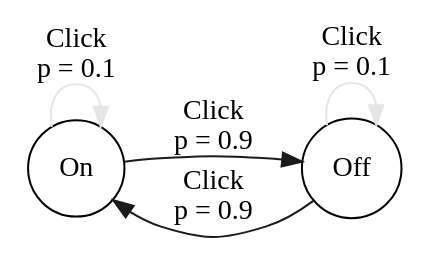
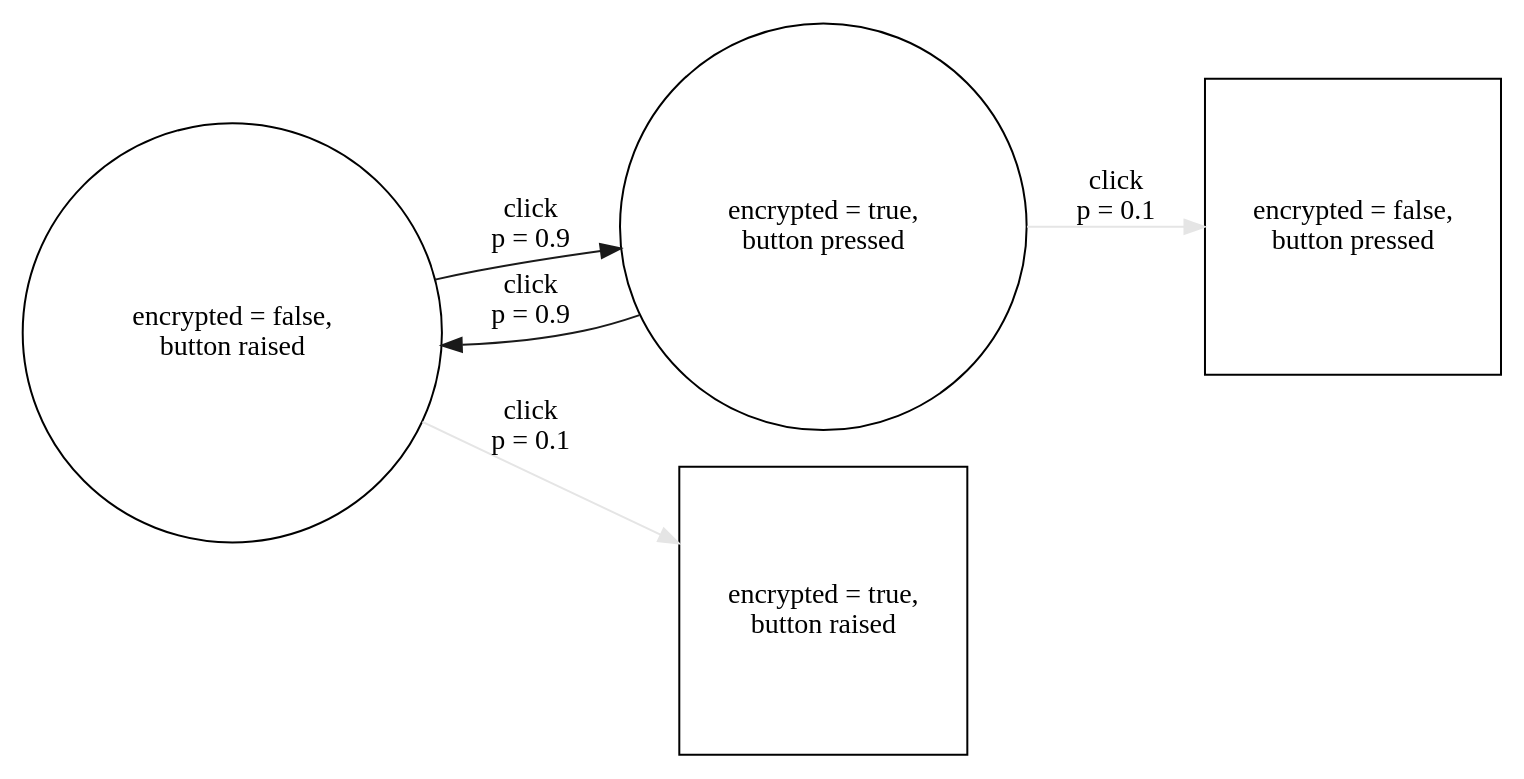
Before and after one commit to adrifelt/ux-model-graphs: the diagram in 02-simple-boolean-with-confusion.dot, drawn with Graphviz. The commit also changed 1 other file, not shown here.

```diff
--- a/02-simple-boolean-with-confusion.dot
+++ b/02-simple-boolean-with-confusion.dot
@@ -1,15 +1,18 @@
-digraph "01-simple-boolean" {
+digraph "02-simple-boolean-with-confusion" {
   rankdir = LR;
   node [
     shape = circle
   ];
 
-  on [ label = "On" ];
-  off [ label = "Off" ];
+  off [ label = "encrypted = false,\nbutton raised" ];
+  on [ label = "encrypted = true,\nbutton pressed" ];
 
-  on -> off [ label = "Click\np = 0.9" color = grey10 ];
-  on -> on [ label = "Click\np = 0.1" color = grey90 ];
+  off_confused [ label = "encrypted = true,\nbutton raised", shape = square ];
+  on_confused [ label = "encrypted = false,\nbutton pressed", shape = square ];
 
-  off -> on [ label = "Click\np = 0.9" color = grey10];
-  off -> off [ label = "Click\np = 0.1" color = grey90 ];
+  on -> on_confused [ label = "click\np = 0.1", color = grey90 ];
+  on -> off [ label = "click\np = 0.9", color = grey10 ];
+
+  off -> off_confused [ label = "click\np = 0.1", color = grey90 ];
+  off -> on [ label = "click\np = 0.9", color = grey10];
 }
```
